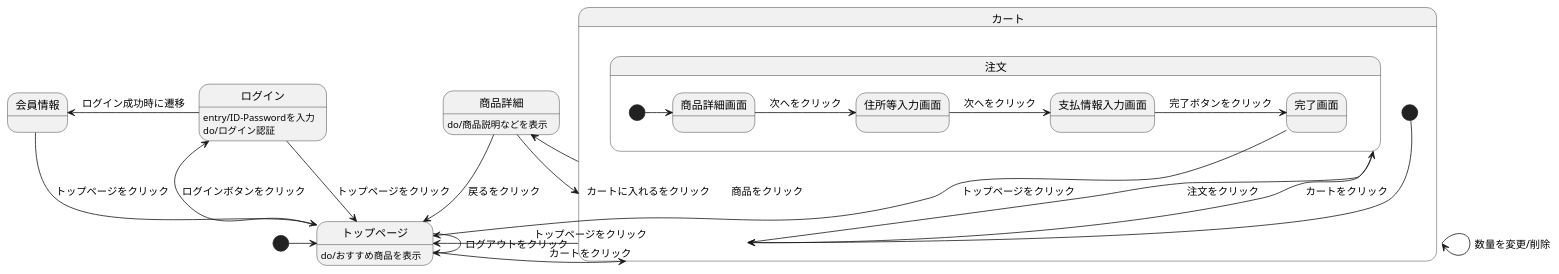
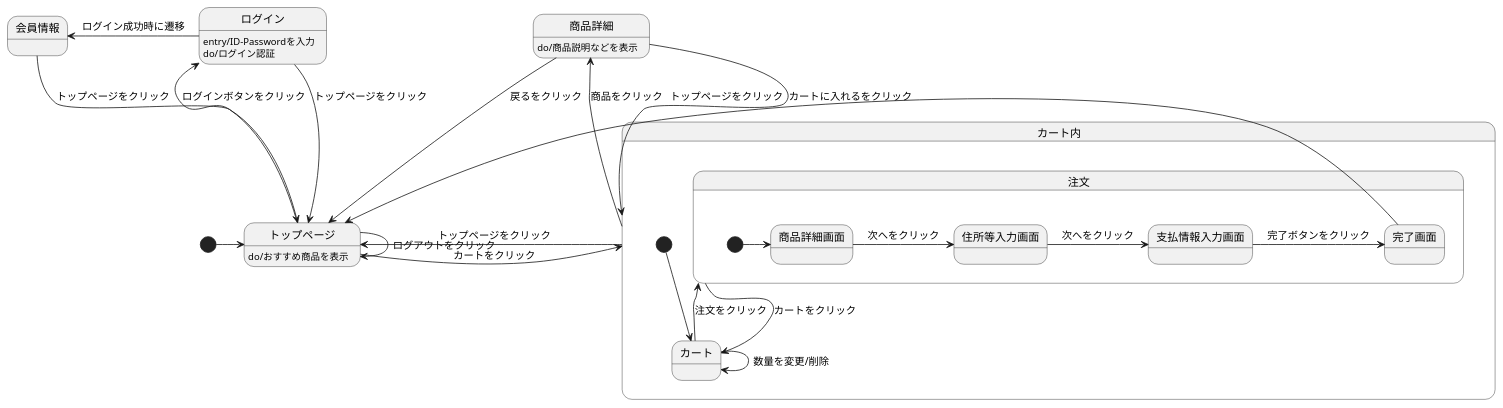
The diagram in orijinal.stw.md (Aso2101121/2021sys-design-2), drawn with PlantUML before and after one commit.

````diff
--- a/orijinal.stw.md
+++ b/orijinal.stw.md
@@ -1,33 +1,33 @@
 ```uml
 @startuml
 [*] -> トップページ
 トップページ : do/おすすめ商品を表示
 会員情報 --> トップページ : トップページをクリック
 ログイン --> トップページ : トップページをクリック
 トップページ --> トップページ : ログアウトをクリック
 トップページ -left-> ログイン : ログインボタンをクリック
 ログイン -left-> 会員情報 : ログイン成功時に遷移
 ログイン : entry/ID-Passwordを入力
 ログイン : do/ログイン認証
-トップページ --> カート : カートをクリック
-商品詳細 --> カート : カートに入れるをクリック
+トップページ --> カート内 : カートをクリック
+商品詳細 --> カート内 : カートに入れるをクリック
 商品詳細 --> トップページ : 戻るをクリック
 商品詳細 : do/商品説明などを表示
-カート -up-> トップページ : トップページをクリック
-カート -> 商品詳細 : 商品をクリック
+カート内 -up-> トップページ : トップページをクリック
+カート内 -> 商品詳細 : 商品をクリック
 
-state カート{
+state カート内{
  [*] --> カート
  カート -> 注文 : 注文をクリック
  カート -> カート : 数量を変更/削除
  注文 --> カート : カートをクリック
  state 注文{
   [*] -> 商品詳細画面
   商品詳細画面 -> 住所等入力画面 : 次へをクリック
   住所等入力画面 -> 支払情報入力画面 : 次へをクリック
   支払情報入力画面 -> 完了画面 : 完了ボタンをクリック
   完了画面 --> トップページ : トップページをクリック
  }
 }
 @enduml
 ```
````
